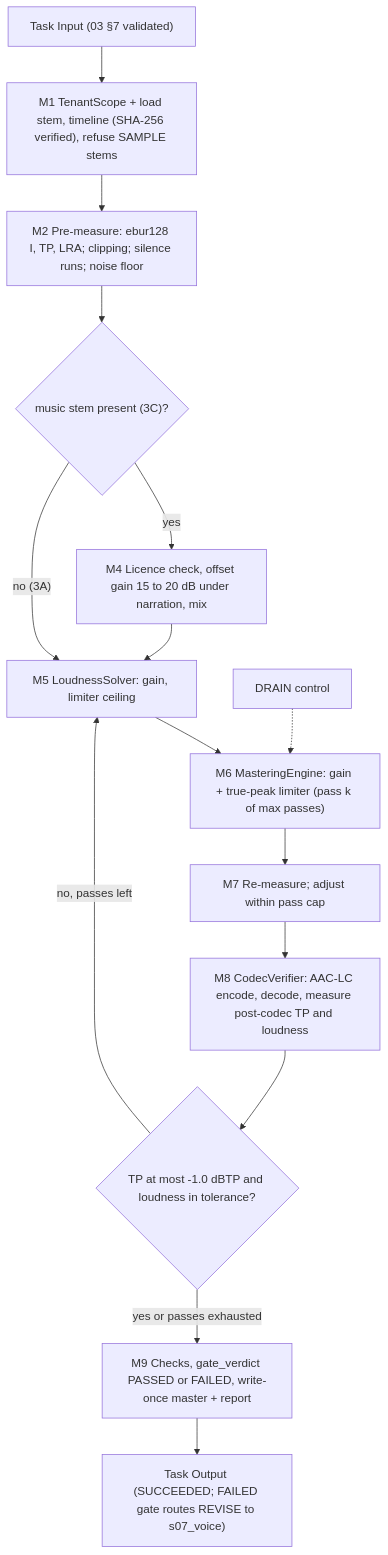
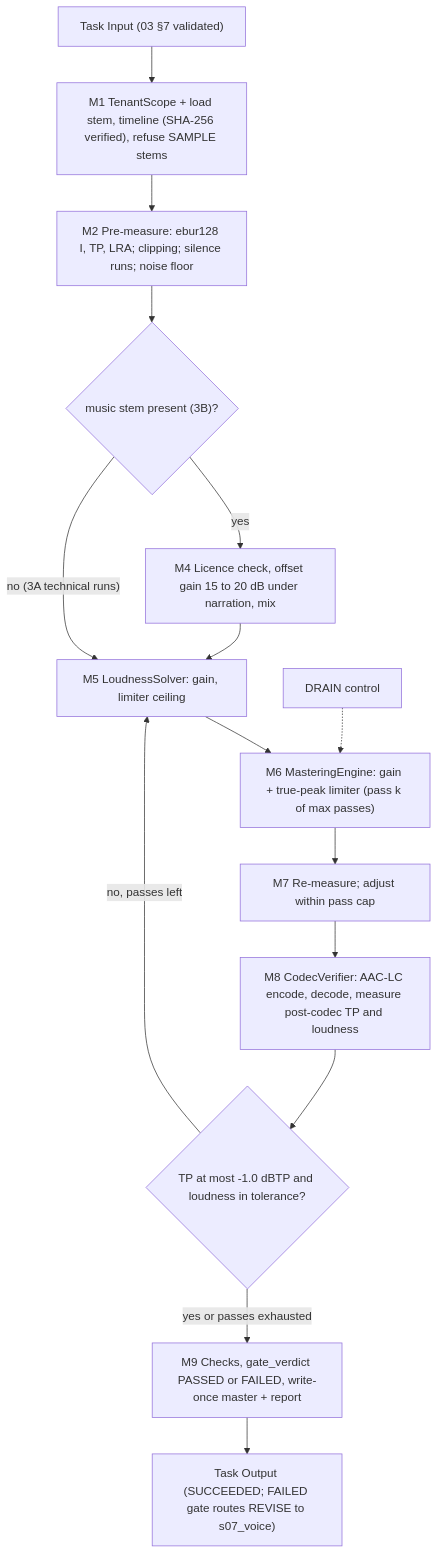
One commit to abhiwasu007-a11y/Media changed the second of 2 diagrams in docs/v4/agents/agent_07_voice_production.md. Above: the diagram before and after it, drawn with Mermaid. The commit also changed other lines of this file, not shown here.

First line of the commit message:
docs(v4): blueprint 07 aligned with merged contracts (gate reporting, graphs v2, 3B music, typed schemas)

````diff
--- a/docs/v4/agents/agent_07_voice_production.md
+++ b/docs/v4/agents/agent_07_voice_production.md
@@ -150,17 +150,17 @@
 ```mermaid
 flowchart TD
   IN["Task Input (03 §7 validated)"] --> M1["M1 TenantScope + load stem, timeline (SHA-256 verified), refuse SAMPLE stems"]
   M1 --> M2["M2 Pre-measure: ebur128 I, TP, LRA; clipping; silence runs; noise floor"]
-  M2 --> M3{"music stem present (3C)?"}
+  M2 --> M3{"music stem present (3B)?"}
   M3 -- "yes" --> M4["M4 Licence check, offset gain 15 to 20 dB under narration, mix"]
-  M3 -- "no (3A)" --> M5
+  M3 -- "no (3A technical runs)" --> M5
   M4 --> M5["M5 LoudnessSolver: gain, limiter ceiling"]
   M5 --> M6["M6 MasteringEngine: gain + true-peak limiter (pass k of max passes)"]
   M6 --> M7["M7 Re-measure; adjust within pass cap"]
   M7 --> M8["M8 CodecVerifier: AAC-LC encode, decode, measure post-codec TP and loudness"]
   M8 --> D{"TP at most -1.0 dBTP and loudness in tolerance?"}
   D -- "no, passes left" --> M5
   D -- "yes or passes exhausted" --> M9["M9 Checks, gate_verdict PASSED or FAILED, write-once master + report"]
   M9 --> OUT["Task Output (SUCCEEDED; FAILED gate routes REVISE to s07_voice)"]
   DR["DRAIN control"] -.-> M6
 ```
````
